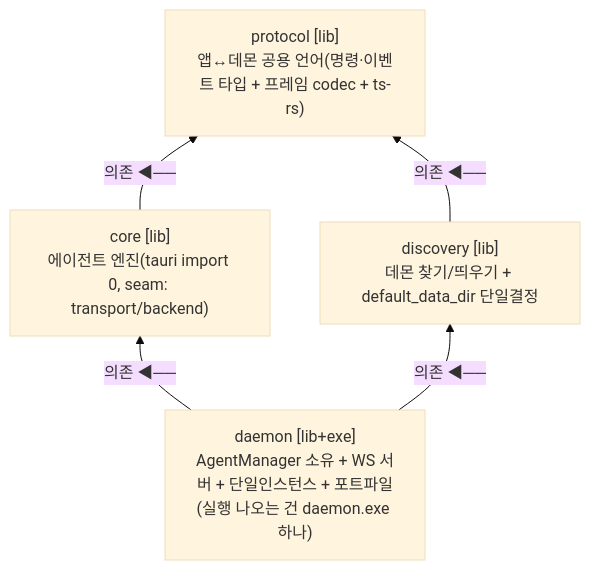
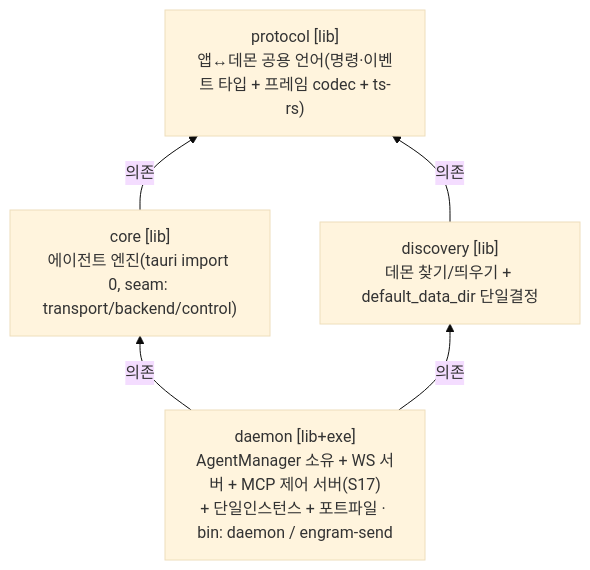
One commit to kimsunzun/engram-dashboard changed the third of 18 diagrams in docs/reference/architecture-overview.md. Above: the diagram before and after it, drawn with Mermaid (base theme). The commit also changed other lines of this file, not shown here.

````diff
--- a/docs/reference/architecture-overview.md
+++ b/docs/reference/architecture-overview.md
@@ -136,12 +152,12 @@
 ```mermaid
 flowchart BT
   protocol["protocol [lib]<br/>앱↔데몬 공용 언어(명령·이벤트 타입 + 프레임 codec + ts-rs)"]
-  core["core [lib]<br/>에이전트 엔진(tauri import 0, seam: transport/backend)"]
+  core["core [lib]<br/>에이전트 엔진(tauri import 0, seam: transport/backend/control)"]
   discovery["discovery [lib]<br/>데몬 찾기/띄우기 + default_data_dir 단일결정"]
-  daemon["daemon [lib+exe]<br/>AgentManager 소유 + WS 서버 + 단일인스턴스 + 포트파일<br/>(실행 나오는 건 daemon.exe 하나)"]
+  daemon["daemon [lib+exe]<br/>AgentManager 소유 + WS 서버 + MCP 제어 서버(S17)<br/>+ 단일인스턴스 + 포트파일 · bin: daemon / engram-send"]
 
-  core -->|"의존 ◀──"| protocol
-  daemon -->|"의존 ◀──"| core
-  discovery -->|"의존 ◀──"| protocol
-  daemon -->|"의존 ◀──"| discovery
+  core -->|"의존"| protocol
+  daemon -->|"의존"| core
+  discovery -->|"의존"| protocol
+  daemon -->|"의존"| discovery
 ```
````
